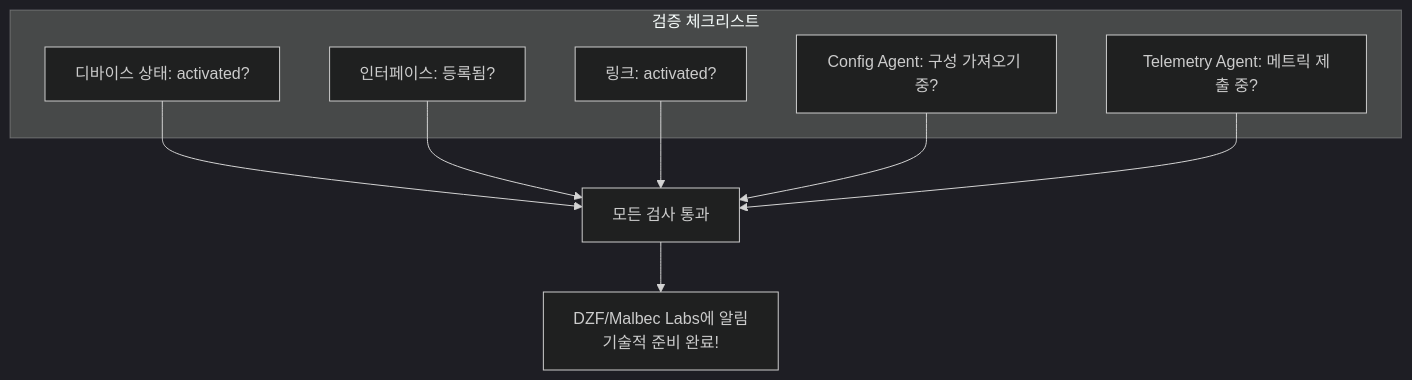
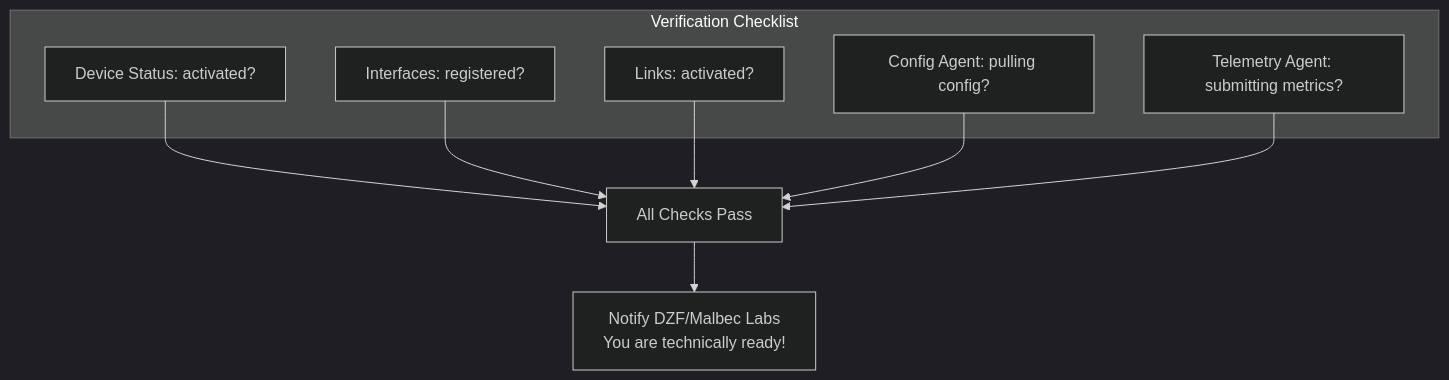
Before and after one commit to malbeclabs/docs: diagram 13 of 13 in docs/contribute-provisioning.ko.md, drawn with Mermaid (dark theme). The commit also changed other lines of this file and 130 other files, not shown here.

````diff
--- a/docs/contribute-provisioning.ko.md
+++ b/docs/contribute-provisioning.ko.md
@@ -1032,18 +1032,18 @@
 ```mermaid
 flowchart TB
-    subgraph "검증 체크리스트"
-        D[디바이스 상태: activated?]
-        I[인터페이스: 등록됨?]
-        L[링크: activated?]
-        CA[Config Agent: 구성 가져오기 중?]
-        TA[Telemetry Agent: 메트릭 제출 중?]
+    subgraph "Verification Checklist"
+        D[Device Status: activated?]
+        I[Interfaces: registered?]
+        L[Links: activated?]
+        CA[Config Agent: pulling config?]
+        TA[Telemetry Agent: submitting metrics?]
     end
 
     D --> PASS
     I --> PASS
     L --> PASS
     CA --> PASS
     TA --> PASS
 
-    PASS[모든 검사 통과] --> NOTIFY[DZF/Malbec Labs에 알림<br/>기술적 준비 완료!]
+    PASS[All Checks Pass] --> NOTIFY[Notify DZF/Malbec Labs<br/>You are technically ready!]
 ```
````
